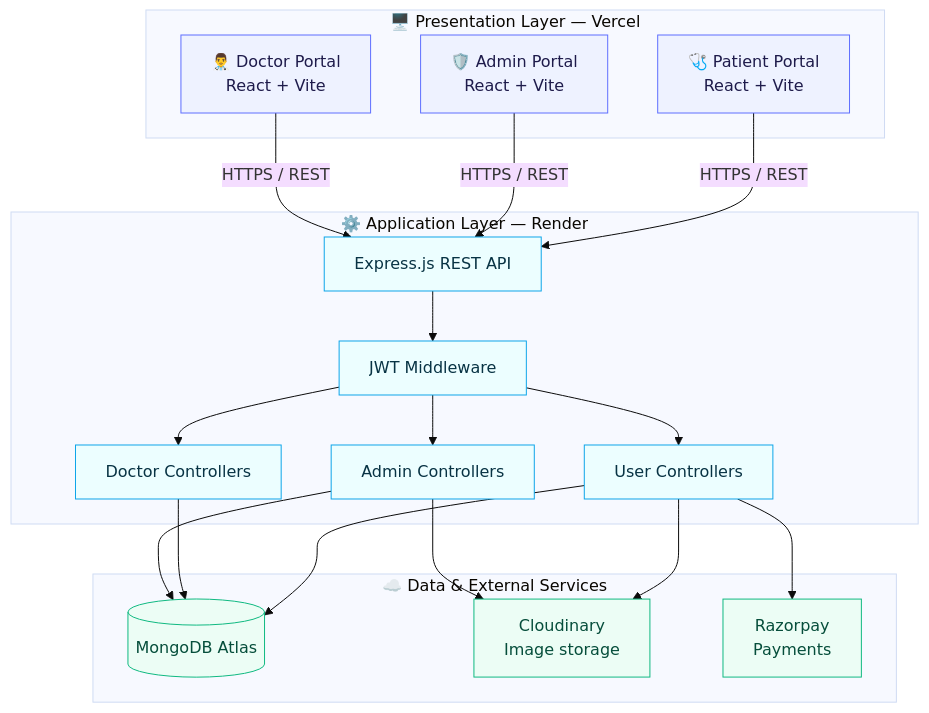
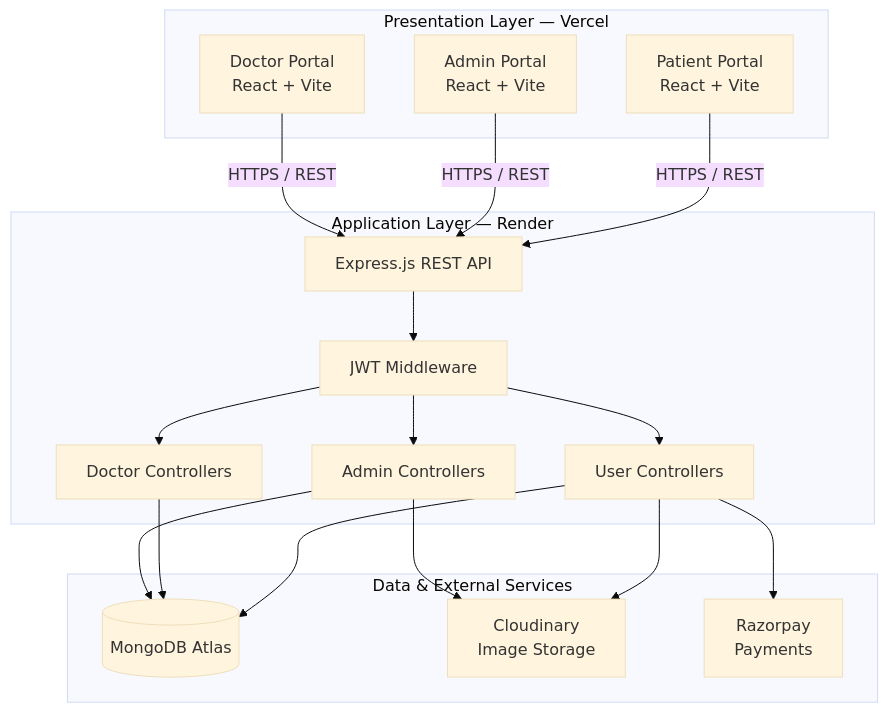
The first of 10 diagrams in README.md (aryankk073/Prescripto), drawn with Mermaid (base theme) before and after one commit. The commit also changed other lines of this file and 1 other file, not shown here.

````diff
--- a/README.md
+++ b/README.md
@@ -153,44 +48,39 @@
 ```mermaid
 flowchart TB
-    subgraph CLIENT["🖥️ Presentation Layer — Vercel"]
-        P["🩺 Patient Portal<br/>React + Vite"]
-        A["🛡️ Admin Portal<br/>React + Vite"]
-        D["👨‍⚕️ Doctor Portal<br/>React + Vite"]
+    subgraph CLIENT["Presentation Layer — Vercel"]
+        P["Patient Portal<br/>React + Vite"]
+        A["Admin Portal<br/>React + Vite"]
+        D["Doctor Portal<br/>React + Vite"]
     end
 
-    subgraph SERVER["⚙️ Application Layer — Render"]
+    subgraph SERVER["Application Layer — Render"]
         API["Express.js REST API"]
         AUTH["JWT Middleware"]
         UC["User Controllers"]
         DC["Doctor Controllers"]
         AC["Admin Controllers"]
+
         API --> AUTH
         AUTH --> UC
         AUTH --> DC
         AUTH --> AC
     end
 
-    subgraph SERVICES["☁️ Data & External Services"]
+    subgraph SERVICES["Data & External Services"]
         DB[("MongoDB Atlas")]
-        CL["Cloudinary<br/>Image storage"]
+        CL["Cloudinary<br/>Image Storage"]
         PAY["Razorpay<br/>Payments"]
     end
 
     P -->|HTTPS / REST| API
     A -->|HTTPS / REST| API
     D -->|HTTPS / REST| API
 
     UC --> DB
     DC --> DB
     AC --> DB
+
     UC --> CL
     AC --> CL
     UC --> PAY
-
-    classDef client fill:#EEF2FF,stroke:#5F6FFF,color:#1E1B4B;
-    classDef server fill:#ECFEFF,stroke:#0EA5E9,color:#083344;
-    classDef svc fill:#ECFDF5,stroke:#10B981,color:#064E3B;
-    class P,A,D client;
-    class API,AUTH,UC,DC,AC server;
-    class DB,CL,PAY svc;
 ```
````
